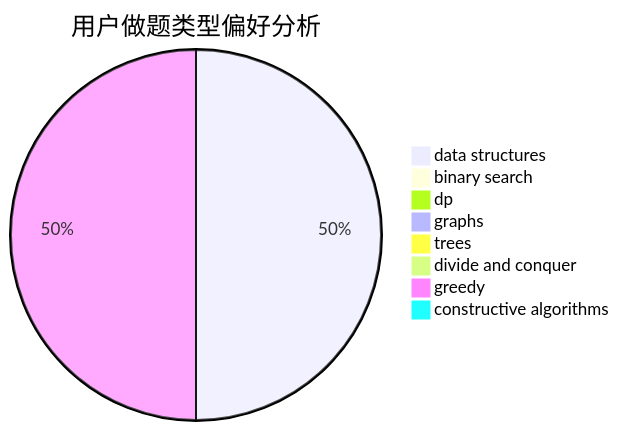
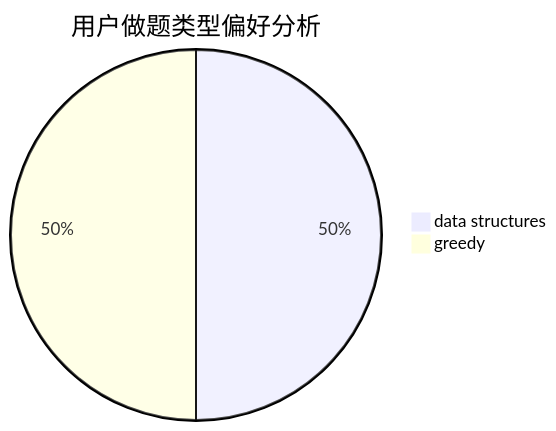
The second of 3 diagrams in docs/user/u1378.md (sherpahu/cfrs.github.io), drawn with Mermaid before and after one commit. The commit also changed other lines of this file and 2770 other files, not shown here.

````diff
--- a/docs/user/u1378.md
+++ b/docs/user/u1378.md
@@ -18,11 +14,5 @@
 ```mermaid
 pie title 用户做题类型偏好分析
     "data structures" :  3
-    "binary search" :  0
-    "dp" :  0
-    "graphs" :  0
-    "trees" :  0
-    "divide and conquer" :  0
     "greedy" :  3
-    "constructive algorithms" :  0
 ```
````
